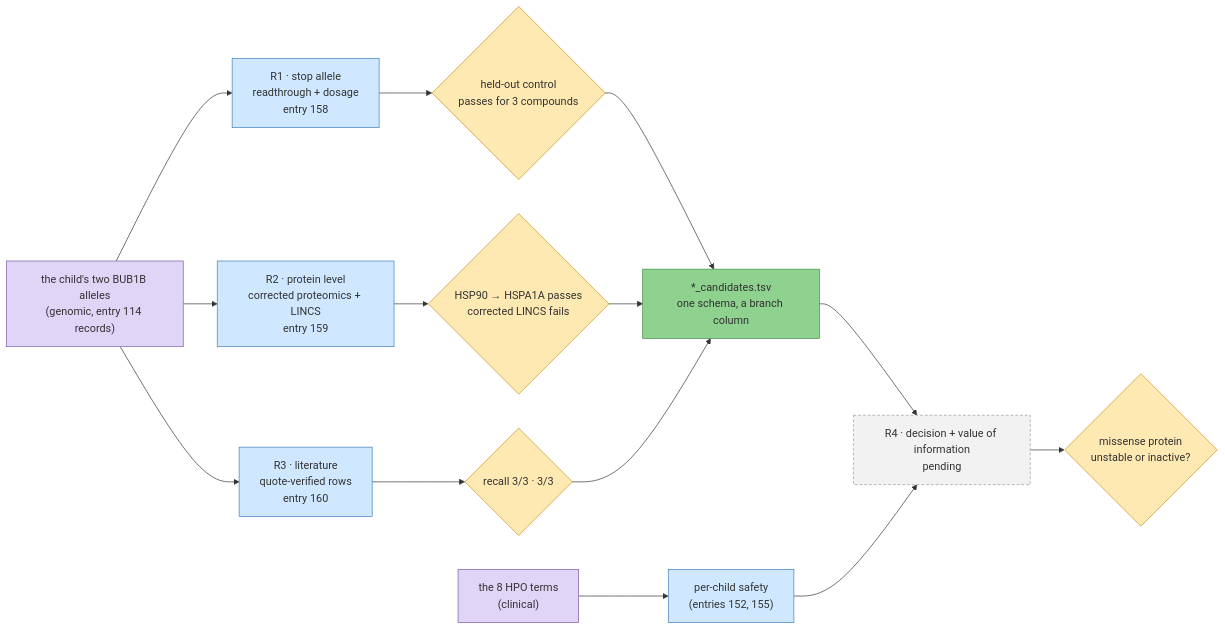
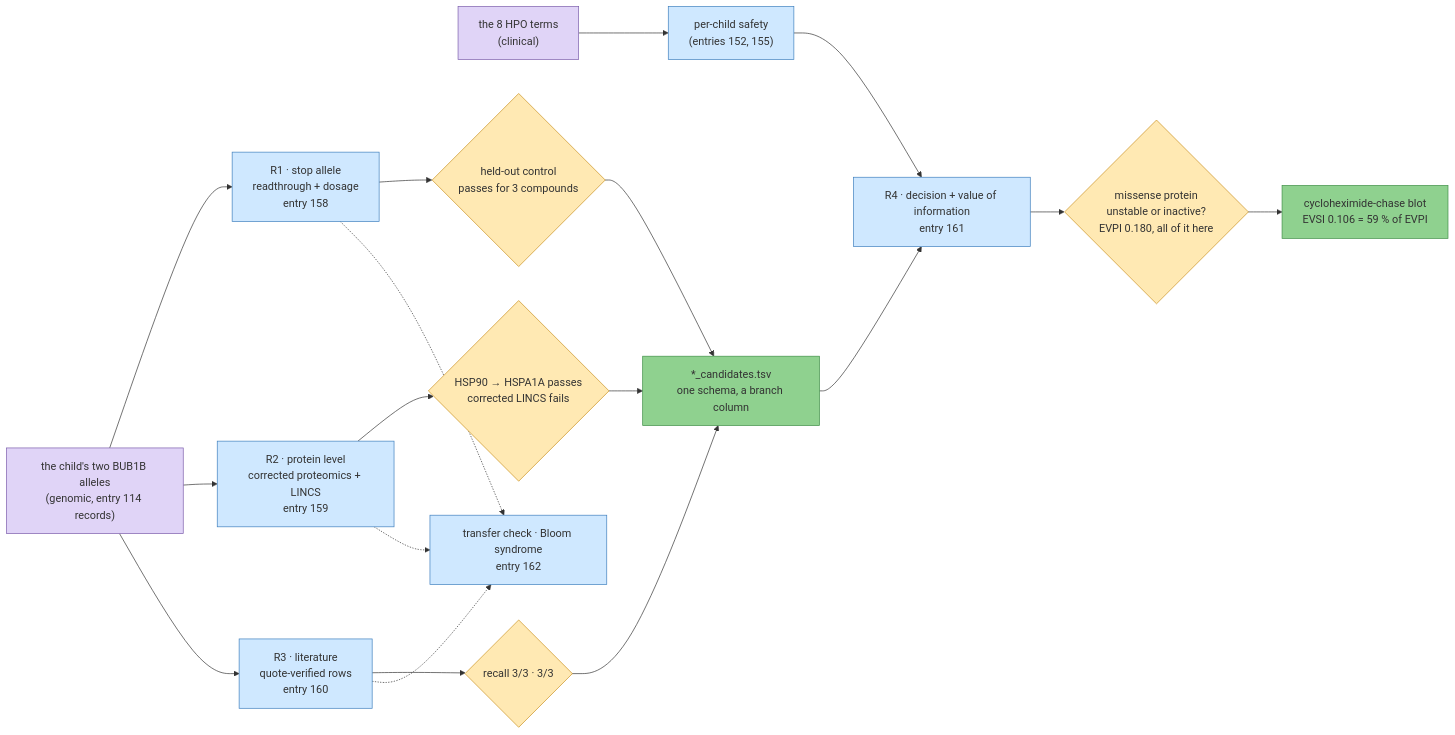
The diagram in docs/iteration5/step-1/README.md (agharsallah/mva-hackathon), drawn with Mermaid before and after one commit. The commit also changed other lines of this file and 13 other files, not shown here.

````diff
--- a/docs/iteration5/step-1/README.md
+++ b/docs/iteration5/step-1/README.md
@@ -13,23 +13,26 @@
 ```mermaid
 flowchart LR
   G["the child's two BUB1B alleles<br/>(genomic, entry 114 records)"]:::raw
   C["the 8 HPO terms<br/>(clinical)"]:::raw
   G --> R1["R1 · stop allele<br/>readthrough + dosage<br/>entry 158"]:::machine
   G --> R2["R2 · protein level<br/>corrected proteomics + LINCS<br/>entry 159"]:::machine
   G --> R3["R3 · literature<br/>quote-verified rows<br/>entry 160"]:::machine
   R1 --> K1{"held-out control<br/>passes for 3 compounds"}:::decision
   R2 --> K2{"HSP90 → HSPA1A passes<br/>corrected LINCS fails"}:::decision
   R3 --> K3{"recall 3/3 · 3/3"}:::decision
   K1 --> T["*_candidates.tsv<br/>one schema, a branch column"]:::good
   K2 --> T
   K3 --> T
   C --> S["per-child safety<br/>(entries 152, 155)"]:::machine
-  T --> R4["R4 · decision + value of information<br/>pending"]:::pending
+  T --> R4["R4 · decision + value of information<br/>entry 161"]:::machine
   S --> R4
-  R4 --> Q{"missense protein<br/>unstable or inactive?"}:::decision
+  R4 --> Q{"missense protein<br/>unstable or inactive?<br/>EVPI 0.180, all of it here"}:::decision
+  Q --> B["cycloheximide-chase blot<br/>EVSI 0.106 = 59 % of EVPI"]:::good
+  R1 -.-> X["transfer check · Bloom syndrome<br/>entry 162"]:::machine
+  R2 -.-> X
+  R3 -.-> X
   classDef raw fill:#e0d4f7,stroke:#7a5cab
   classDef machine fill:#cfe8ff,stroke:#3d7ebd
   classDef decision fill:#ffe9b3,stroke:#c98f1e
   classDef good fill:#8fd18f,stroke:#3f8f47
-  classDef pending fill:#f2f2f2,stroke:#999,stroke-dasharray:4 3
 ```
````
